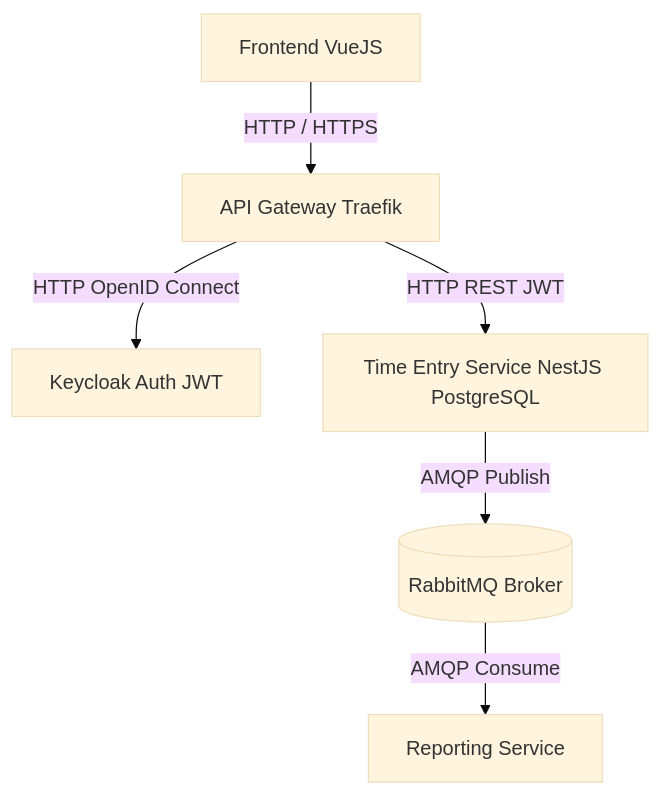
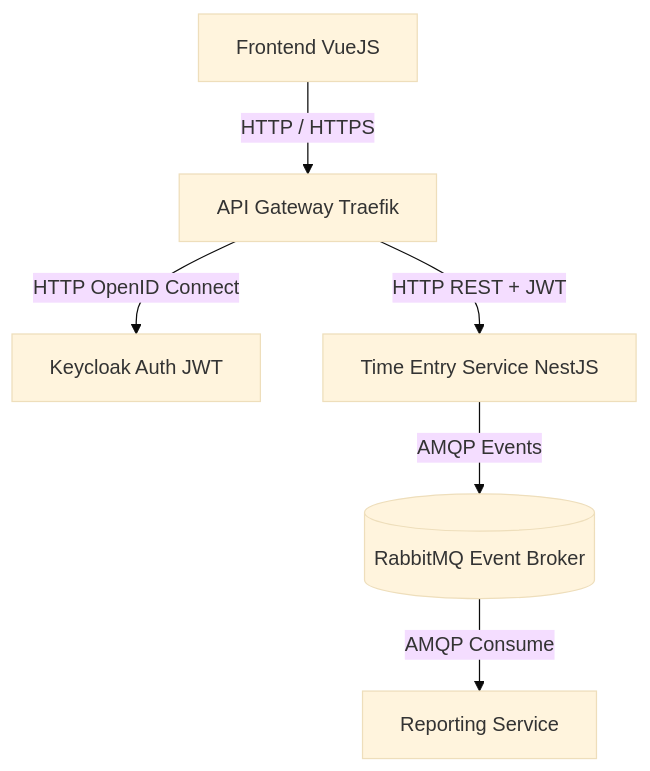
One commit to emf-info-321/321Project changed the diagram in README.md. Above: the diagram before and after it, drawn with Mermaid (base theme). The commit also changed other lines of this file, not shown here.

````diff
--- a/README.md
+++ b/README.md
@@ -10,18 +10,18 @@
 ```mermaid
 
 flowchart TD
 
     FE[Frontend VueJS]
     GW[API Gateway Traefik]
     KC[Keycloak Auth JWT]
-    TE[Time Entry Service NestJS PostgreSQL]
-    MQ[(RabbitMQ Broker)]
+    TE[Time Entry Service NestJS]
+    MQ[(RabbitMQ Event Broker)]
     RP[Reporting Service]
 
     FE -- "HTTP / HTTPS" --> GW
     GW -- "HTTP OpenID Connect" --> KC
-    GW -- "HTTP REST JWT" --> TE
-    TE -- "AMQP Publish" --> MQ
+    GW -- "HTTP REST + JWT" --> TE
+    TE -- "AMQP Events" --> MQ
     MQ -- "AMQP Consume" --> RP
 
 ```
````
